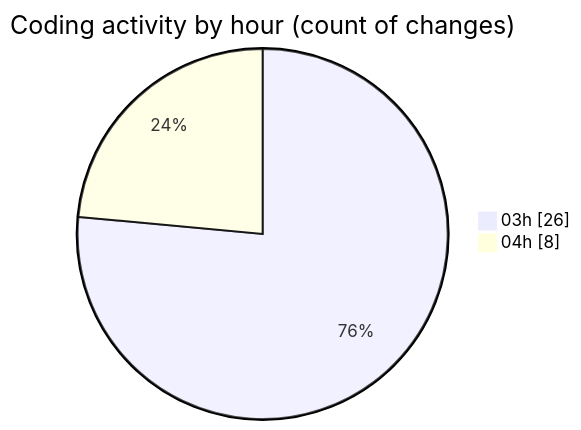
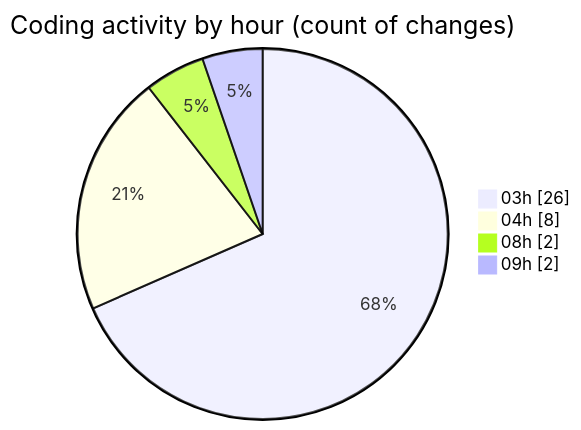
Before and after one commit to JenPaints/code-tracking: the second of 2 diagrams in 2025-06-20/modeljsondesigner/README.md, drawn with Mermaid. The commit also changed other lines of this file and 1 other file, not shown here.

````diff
--- a/2025-06-20/modeljsondesigner/README.md
+++ b/2025-06-20/modeljsondesigner/README.md
@@ -36,6 +39,8 @@
 ```mermaid
 pie showData
 title Coding activity by hour (count of changes)
 "03h" : 26
 "04h" : 8
+"08h" : 2
+"09h" : 2
 ```
````
